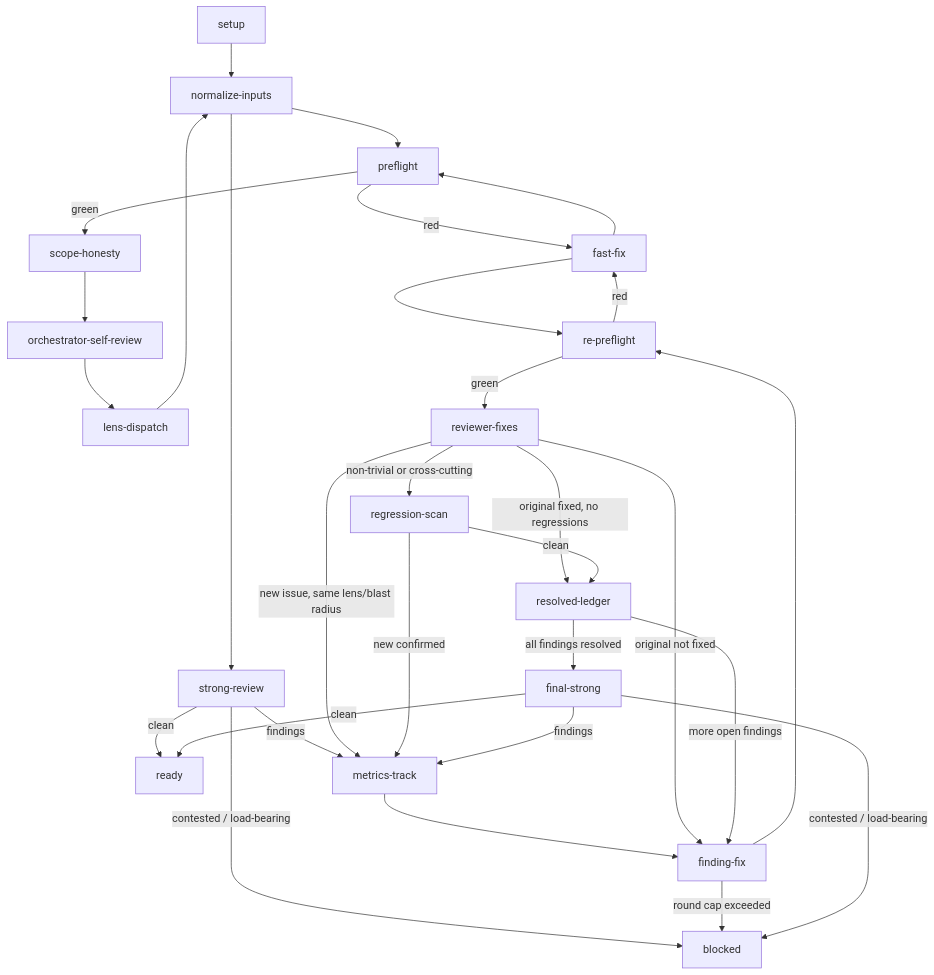
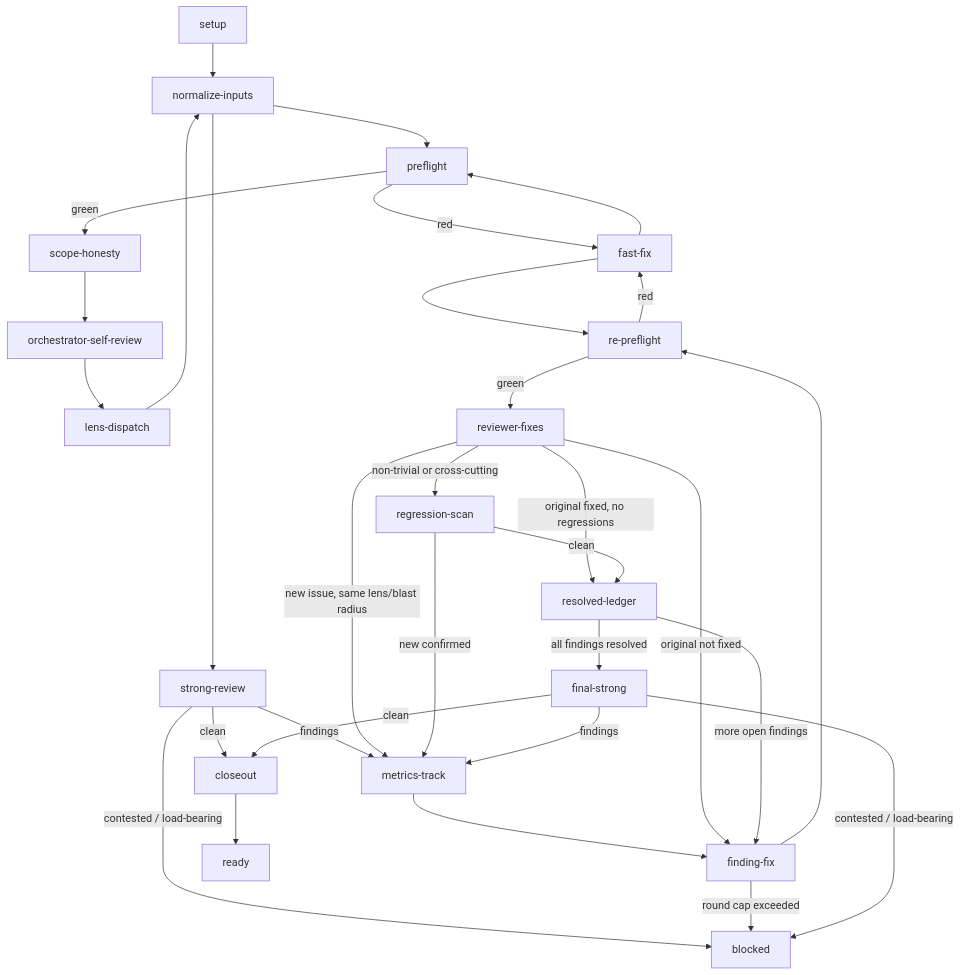
The diagram in codex-marketplace/plugins/superpowers-plus/skills/iterative-review/references/review-state-graph.md (HarleyBartles/agent-asset-marketplace), drawn with Mermaid before and after one commit. The commit also changed other lines of this file and 4 other files, not shown here.

````diff
--- a/codex-marketplace/plugins/superpowers-plus/skills/iterative-review/references/review-state-graph.md
+++ b/codex-marketplace/plugins/superpowers-plus/skills/iterative-review/references/review-state-graph.md
@@ -9,31 +9,32 @@
 ```mermaid
 flowchart TD
     setup --> normalize-inputs --> preflight
     preflight -->|red| fast-fix --> preflight
     preflight -->|green| scope-honesty --> orchestrator-self-review
     orchestrator-self-review --> lens-dispatch
     lens-dispatch --> normalize-inputs --> strong-review
-    strong-review -->|clean| ready
+    strong-review -->|clean| closeout
     strong-review -->|findings| metrics-track
     strong-review -->|contested / load-bearing| blocked
 
     metrics-track --> finding-fix
     finding-fix --> re-preflight
     finding-fix -->|round cap exceeded| blocked
     re-preflight -->|red| fast-fix --> re-preflight
     re-preflight -->|green| reviewer-fixes
 
     reviewer-fixes -->|original fixed, no regressions| resolved-ledger
     reviewer-fixes -->|original not fixed| finding-fix
     reviewer-fixes -->|new issue, same lens/blast radius| metrics-track
     reviewer-fixes -->|non-trivial or cross-cutting| regression-scan
 
     regression-scan -->|clean| resolved-ledger
     regression-scan -->|new confirmed| metrics-track
 
     resolved-ledger -->|more open findings| finding-fix
     resolved-ledger -->|all findings resolved| final-strong
-    final-strong -->|clean| ready
+    final-strong -->|clean| closeout
     final-strong -->|findings| metrics-track
     final-strong -->|contested / load-bearing| blocked
+    closeout --> ready
 ```
````
